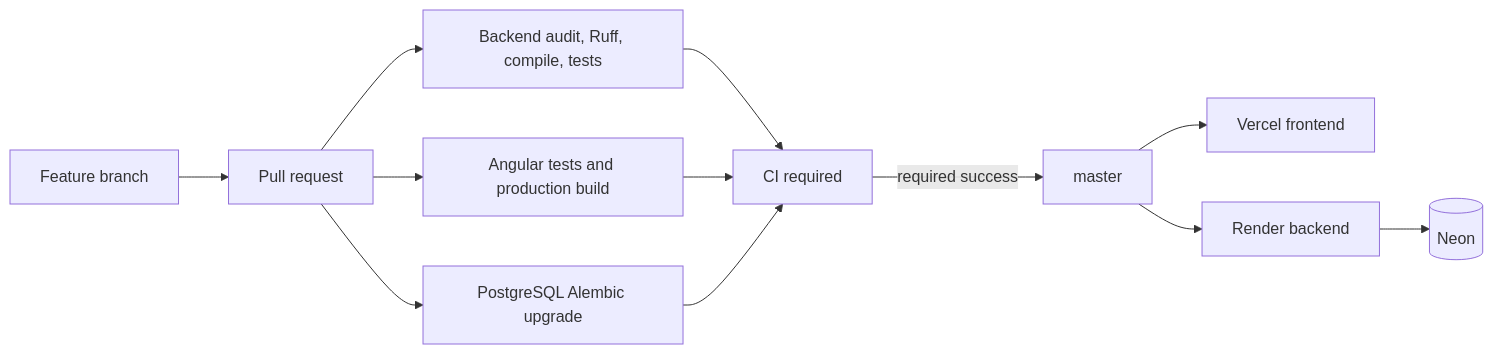
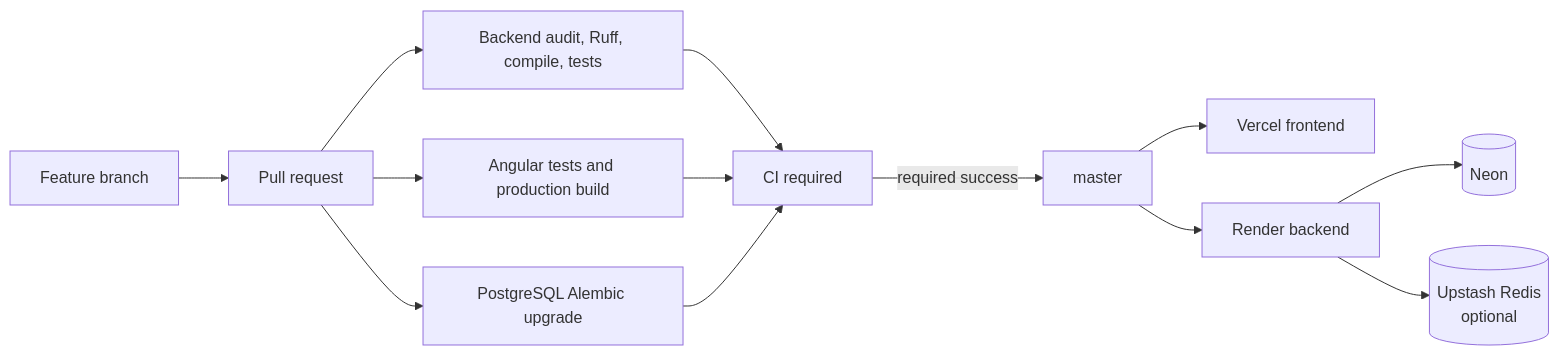
One commit to saurabhzaiswal/GenAI-Customer-Review-Analyzer changed diagram 12 of 13 in docs/LOW_LEVEL_DESIGN.md. Above: the diagram before and after it, drawn with Mermaid. The commit also changed other lines of this file and 70 other files, not shown here.

````diff
--- a/docs/LOW_LEVEL_DESIGN.md
+++ b/docs/LOW_LEVEL_DESIGN.md
@@ -378,14 +448,15 @@
 ```mermaid
 flowchart LR
     Branch[Feature branch] --> PR[Pull request]
     PR --> BackendCI[Backend audit, Ruff, compile, tests]
     PR --> FrontendCI[Angular tests and production build]
     PR --> MigrationCI[PostgreSQL Alembic upgrade]
     BackendCI --> Gate[CI required]
     FrontendCI --> Gate
     MigrationCI --> Gate
     Gate -->|required success| Master[master]
     Master --> Vercel[Vercel frontend]
     Master --> Render[Render backend]
     Render --> Neon[(Neon)]
+    Render --> Upstash[(Upstash Redis<br/>optional)]
 ```
````
